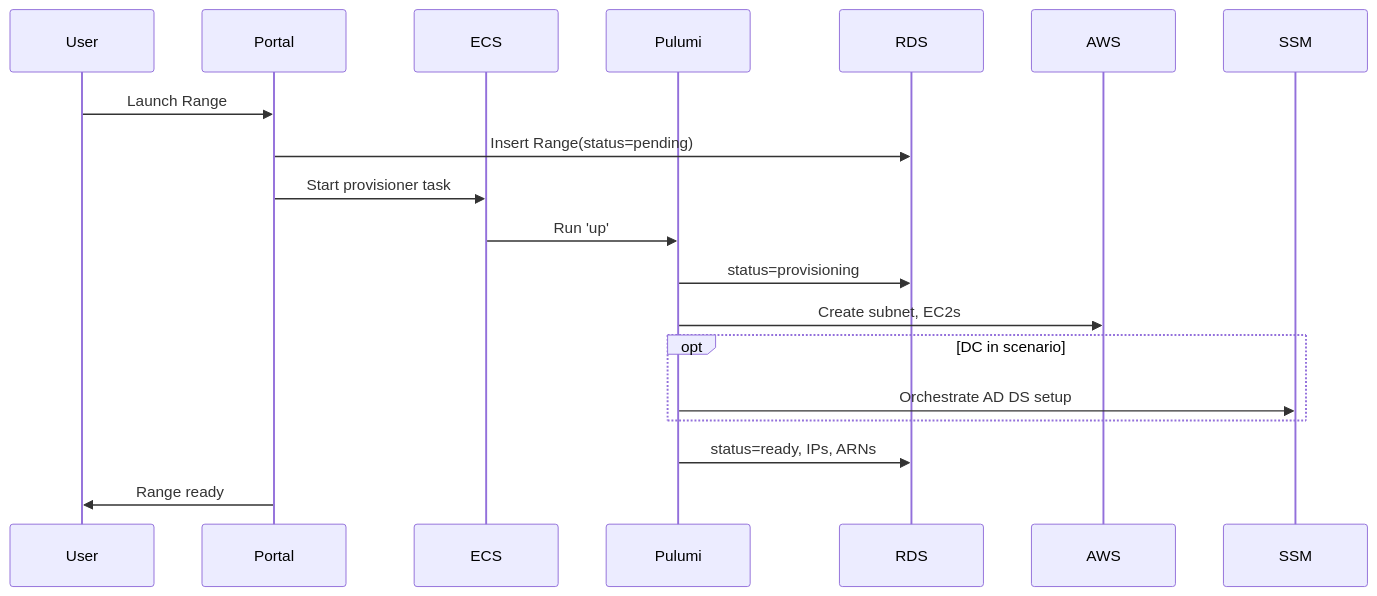
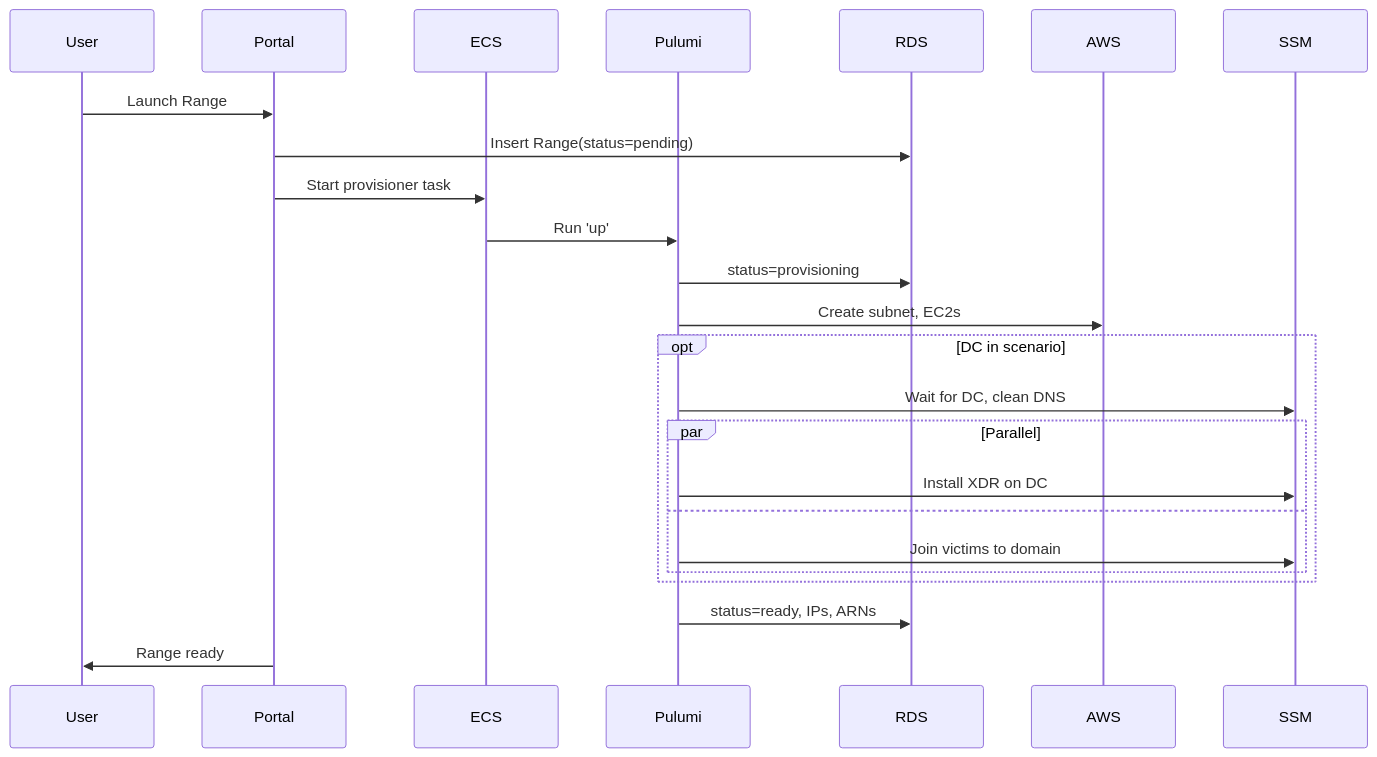
The second of 4 diagrams in portal/documentation/docs/architecture.md (PaloAltoNetworks/shifter), drawn with Mermaid before and after one commit. The commit also changed other lines of this file and 2 other files, not shown here.

Commit message:
[skip ci] Update docs

````diff
--- a/portal/documentation/docs/architecture.md
+++ b/portal/documentation/docs/architecture.md
@@ -110,22 +110,27 @@
 ```mermaid
 sequenceDiagram
     participant User
     participant Portal
     participant ECS
     participant Pulumi
     participant RDS
     participant AWS
     participant SSM
 
     User->>Portal: Launch Range
     Portal->>RDS: Insert Range(status=pending)
     Portal->>ECS: Start provisioner task
     ECS->>Pulumi: Run 'up'
     Pulumi->>RDS: status=provisioning
     Pulumi->>AWS: Create subnet, EC2s
     opt DC in scenario
-        Pulumi->>SSM: Orchestrate AD DS setup
+        Pulumi->>SSM: Wait for DC, clean DNS
+        par Parallel
+            Pulumi->>SSM: Install XDR on DC
+        and
+            Pulumi->>SSM: Join victims to domain
+        end
     end
     Pulumi->>RDS: status=ready, IPs, ARNs
     Portal->>User: Range ready
 ```
````
